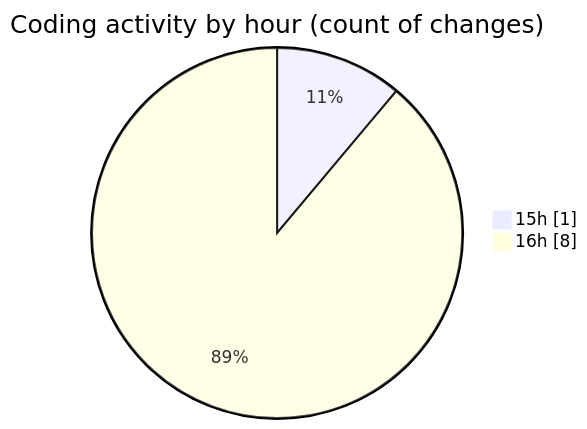
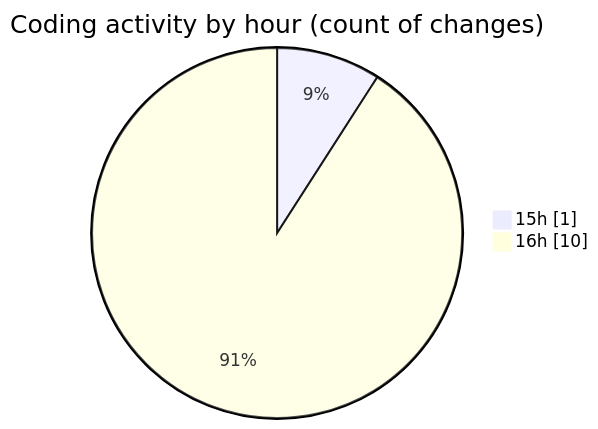
The second of 2 diagrams in 2025-07-21/fish/README.md (EIIisD/code-tracking), drawn with Mermaid before and after one commit. The commit also changed other lines of this file and 1 other file, not shown here.

````diff
--- a/2025-07-21/fish/README.md
+++ b/2025-07-21/fish/README.md
@@ -31,6 +31,6 @@
 ```mermaid
 pie showData
 title Coding activity by hour (count of changes)
 "15h" : 1
-"16h" : 8
+"16h" : 10
 ```
````
